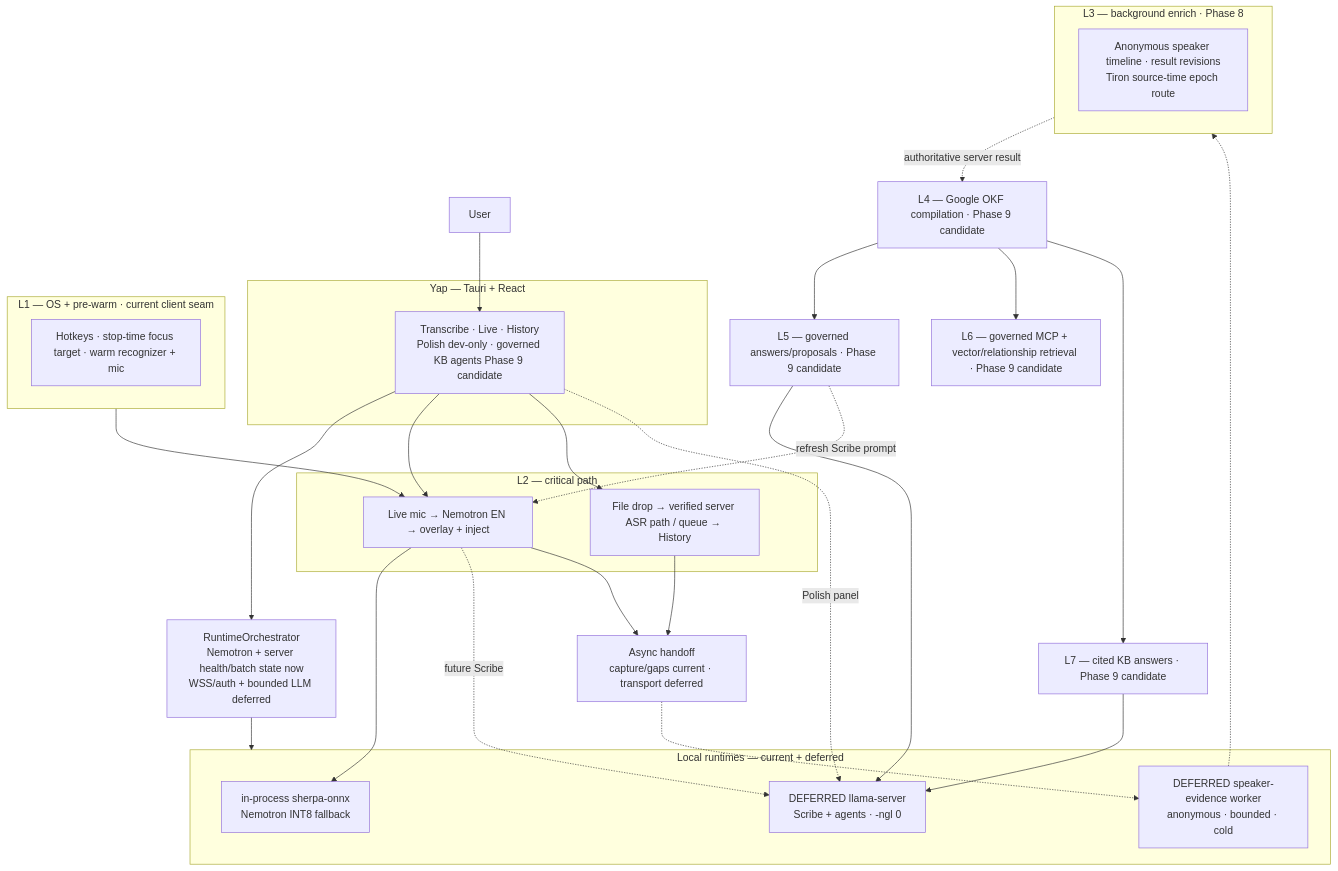
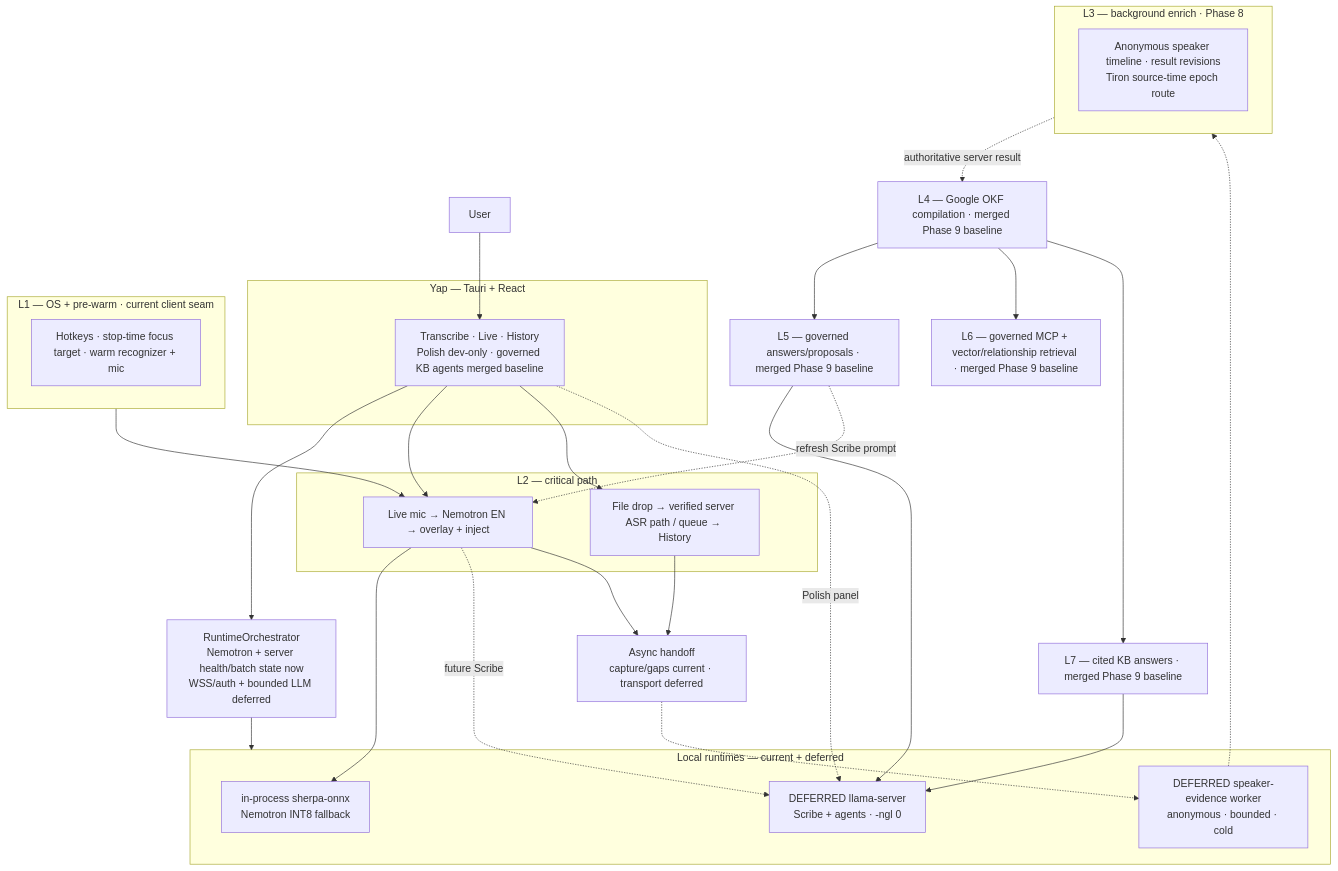
Before and after one commit to ZoOtMcNoOt/yap: the first of 4 diagrams in docs/VOICE-OS-ARCHITECTURE.md, drawn with Mermaid. The commit also changed other lines of this file and 49 other files, not shown here.

````diff
--- a/docs/VOICE-OS-ARCHITECTURE.md
+++ b/docs/VOICE-OS-ARCHITECTURE.md
@@ -128,54 +128,54 @@
 ```mermaid
 flowchart TB
     User["User"]
 
     subgraph Yap["Yap — Tauri + React"]
-        UI["Transcribe · Live · History<br/>Polish dev-only · governed KB agents Phase 9 candidate"]
+        UI["Transcribe · Live · History<br/>Polish dev-only · governed KB agents merged baseline"]
     end
 
     Orch["RuntimeOrchestrator<br/>Nemotron + server health/batch state now<br/>WSS/auth + bounded LLM deferred"]
 
     subgraph Sidecars["Local runtimes — current + deferred"]
         CR["in-process sherpa-onnx<br/>Nemotron INT8 fallback"]
         LL["DEFERRED llama-server<br/>Scribe + agents · -ngl 0"]
         KW["DEFERRED speaker-evidence worker<br/>anonymous · bounded · cold"]
     end
 
     subgraph L1["L1 — OS + pre-warm · current client seam"]
         L1n["Hotkeys · stop-time focus target · warm recognizer + mic"]
     end
 
     subgraph L2["L2 — critical path"]
         Live["Live mic → Nemotron EN → overlay + inject"]
         Batch["File drop → verified server ASR path / queue → History"]
     end
 
     Handoff["Async handoff<br/>capture/gaps current · transport deferred"]
 
     subgraph L3["L3 — background enrich · Phase 8"]
         L3n["Anonymous speaker timeline · result revisions<br/>Tiron source-time epoch route"]
     end
 
-    L4["L4 — Google OKF compilation · Phase 9 candidate"]
-    L5["L5 — governed answers/proposals · Phase 9 candidate"]
-    L6["L6 — governed MCP + vector/relationship retrieval · Phase 9 candidate"]
-    L7["L7 — cited KB answers · Phase 9 candidate"]
+    L4["L4 — Google OKF compilation · merged Phase 9 baseline"]
+    L5["L5 — governed answers/proposals · merged Phase 9 baseline"]
+    L6["L6 — governed MCP + vector/relationship retrieval · merged Phase 9 baseline"]
+    L7["L7 — cited KB answers · merged Phase 9 baseline"]
 
     User --> UI --> Orch
     Orch --> Sidecars
     L1 --> Live
     UI --> Live
     UI --> Batch
     Live --> CR
     Live -.->|future Scribe| LL
     UI -.->|Polish panel| LL
     Live --> Handoff
     Batch --> Handoff
     Handoff -.-> KW
     KW -.-> L3
     L3 -.->|authoritative server result| L4
     L4 --> L5 & L6 & L7
     L5 --> LL
     L7 --> LL
     L5 -.->|refresh Scribe prompt| Live
 ```
````
